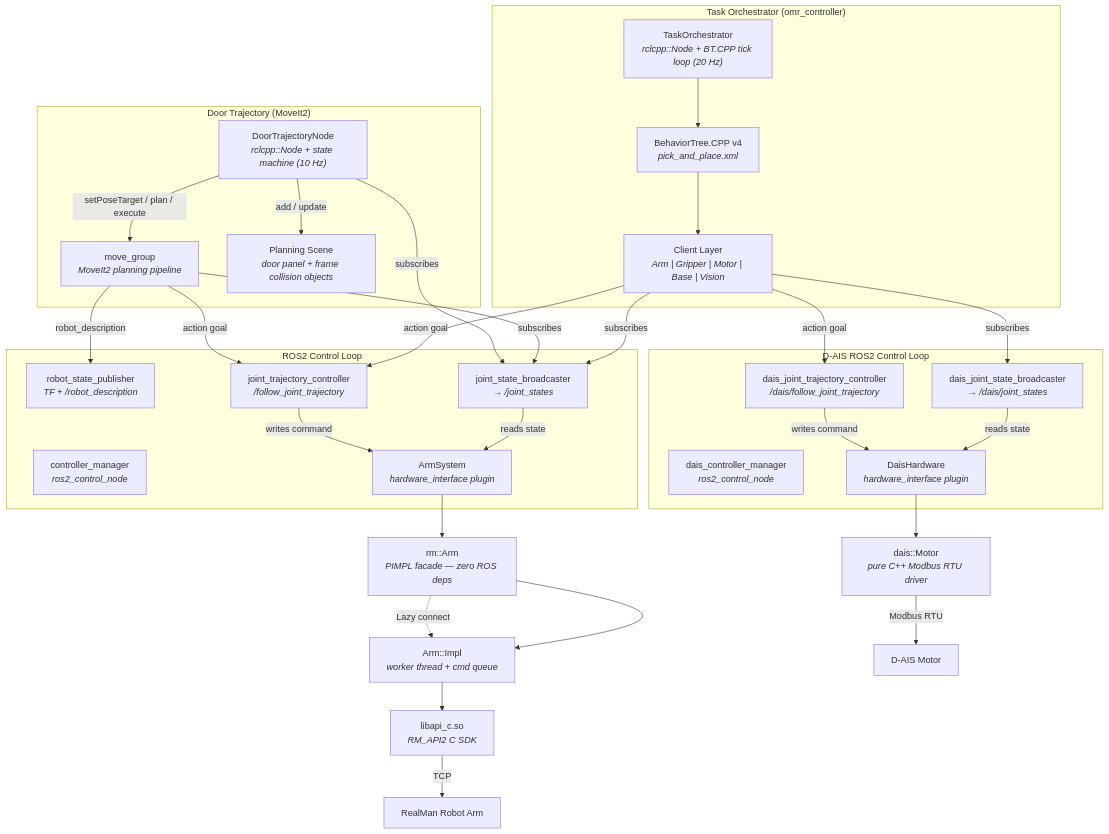
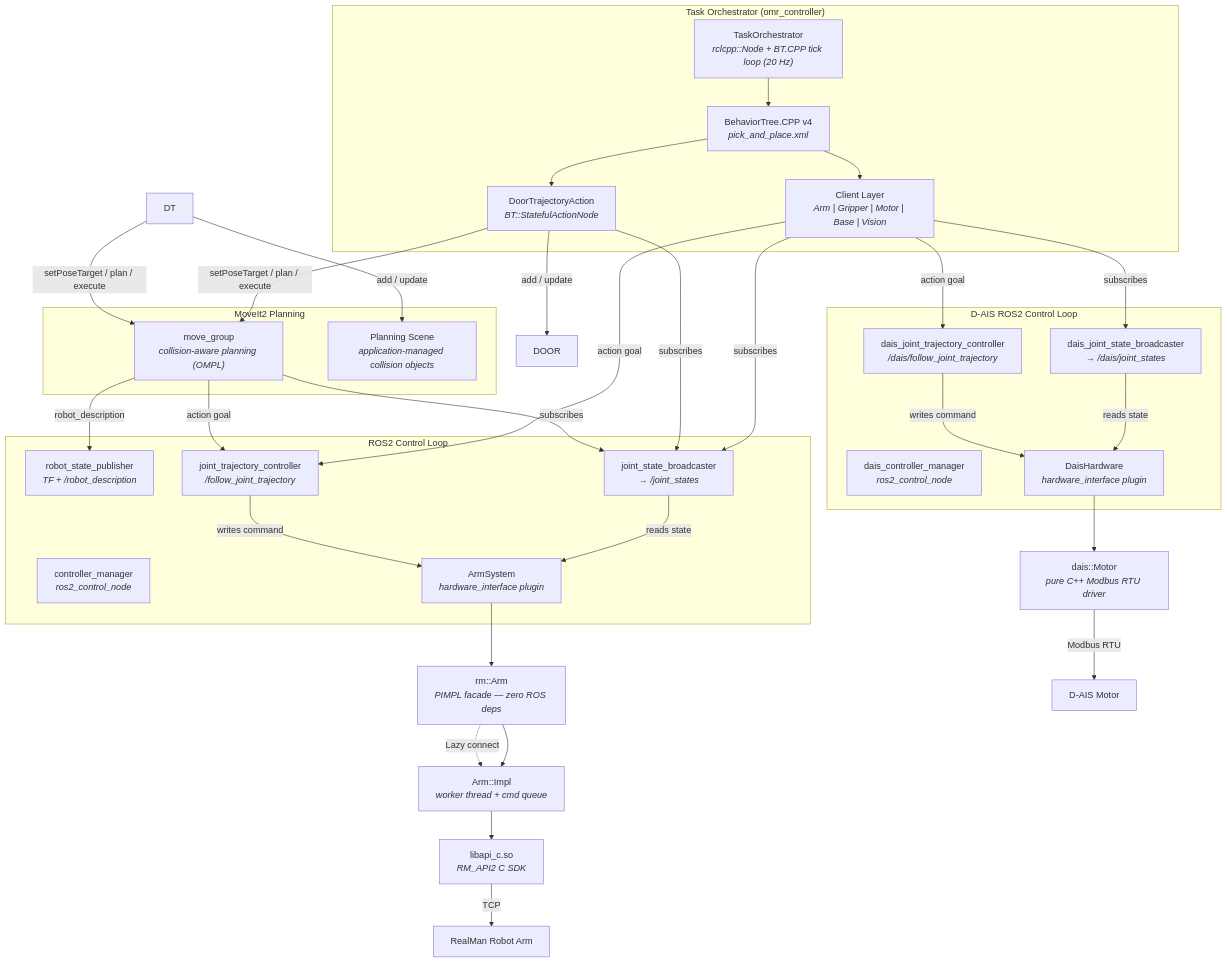
Before and after one commit to sunyuming53-byte/the_first_box: the first of 4 diagrams in README.md, drawn with Mermaid. The commit also changed other lines of this file, not shown here.

First line of the commit message:
docs: separate MoveIt2 (general) from door trajectory (application)

````diff
--- a/README.md
+++ b/README.md
@@ -144,62 +144,65 @@
 ```mermaid
 flowchart TD
     subgraph ROS2["ROS2 Control Loop"]
         RSP["robot_state_publisher<br/><i>TF + /robot_description</i>"]
         CM["controller_manager<br/><i>ros2_control_node</i>"]
         JSB["joint_state_broadcaster<br/><i>→ /joint_states</i>"]
         JTC["joint_trajectory_controller<br/><i>/follow_joint_trajectory</i>"]
         HW["ArmSystem<br/><i>hardware_interface plugin</i>"]
     end
 
     JSB -->|reads state| HW
     JTC -->|writes command| HW
     HW --> Arm
 
     Arm["rm::Arm<br/><i>PIMPL facade — zero ROS deps</i>"]
     Arm --> Impl["Arm::Impl<br/><i>worker thread + cmd queue</i>"]
     Impl --> SDK["libapi_c.so<br/><i>RM_API2 C SDK</i>"]
     SDK -->|TCP| HW2["RealMan Robot Arm"]
 
     Arm -.->|Lazy connect| Impl
 
     %% D-AIS Motor subsystem
     subgraph DaisROS2["D-AIS ROS2 Control Loop"]
         DCM["dais_controller_manager<br/><i>ros2_control_node</i>"]
         DJSB["dais_joint_state_broadcaster<br/><i>→ /dais/joint_states</i>"]
         DJTC["dais_joint_trajectory_controller<br/><i>/dais/follow_joint_trajectory</i>"]
         DHW["DaisHardware<br/><i>hardware_interface plugin</i>"]
     end
 
     DJSB -->|reads state| DHW
     DJTC -->|writes command| DHW
     DHW --> Motor["dais::Motor<br/><i>pure C++ Modbus RTU driver</i>"]
     Motor -->|Modbus RTU| PHW["D-AIS Motor"]
 
     %% Task Orchestrator
     subgraph Orchestrator["Task Orchestrator (omr_controller)"]
         ORCH["TaskOrchestrator<br/><i>rclcpp::Node + BT.CPP tick loop (20 Hz)</i>"]
         BT["BehaviorTree.CPP v4<br/><i>pick_and_place.xml</i>"]
         CLIENTS["Client Layer<br/><i>Arm | Gripper | Motor | Base | Vision</i>"]
+        DTA["DoorTrajectoryAction<br/><i>BT::StatefulActionNode</i>"]
     end
 
     ORCH --> BT
     BT --> CLIENTS
+    BT --> DTA
     CLIENTS -->|action goal| JTC
     CLIENTS -->|subscribes| JSB
     CLIENTS -->|action goal| DJTC
     CLIENTS -->|subscribes| DJSB
+    DTA -->|setPoseTarget / plan / execute| MG
+    DTA -->|add / update| DOOR
+    DTA -->|subscribes| JSB
 
-    %% Door Trajectory (MoveIt2)
-    subgraph DoorTraj["Door Trajectory (MoveIt2)"]
-        DT["DoorTrajectoryNode<br/><i>rclcpp::Node + state machine (10 Hz)</i>"]
-        MG["move_group<br/><i>MoveIt2 planning pipeline</i>"]
-        DOOR["Planning Scene<br/><i>door panel + frame collision objects</i>"]
+    %% MoveIt2 Planning
+    subgraph MoveIt["MoveIt2 Planning"]
+        MG["move_group<br/><i>collision-aware planning (OMPL)</i>"]
+        SCENE["Planning Scene<br/><i>application-managed collision objects</i>"]
     end
 
-    DT -->|setPoseTarget / plan / execute| MG
-    DT -->|add / update| DOOR
     MG -->|action goal| JTC
     MG -->|subscribes| JSB
-    DT -->|subscribes| JSB
     MG -->|robot_description| RSP
+    DT -->|setPoseTarget / plan / execute| MG
+    DT -->|add / update| SCENE
 ```
````
